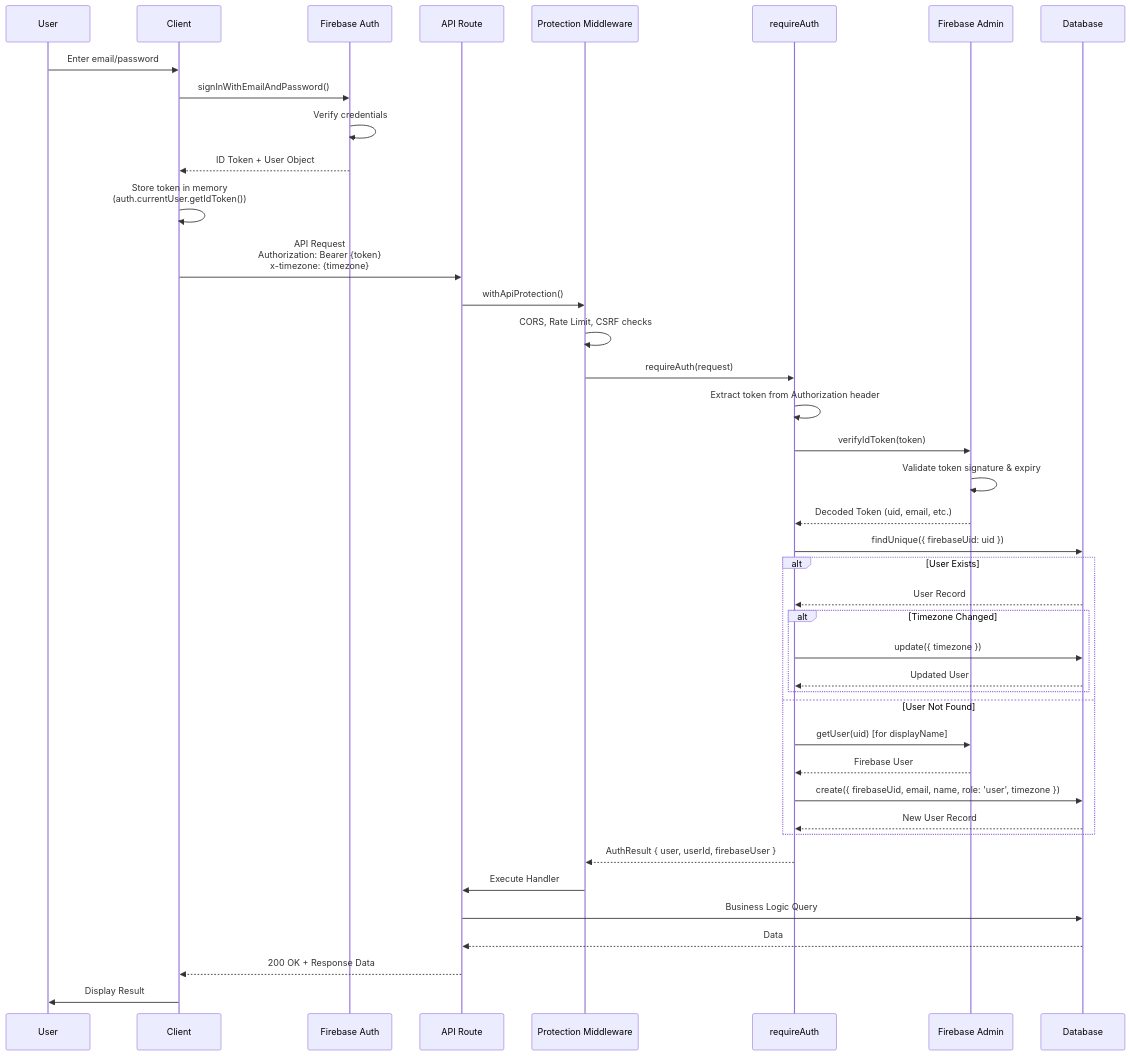
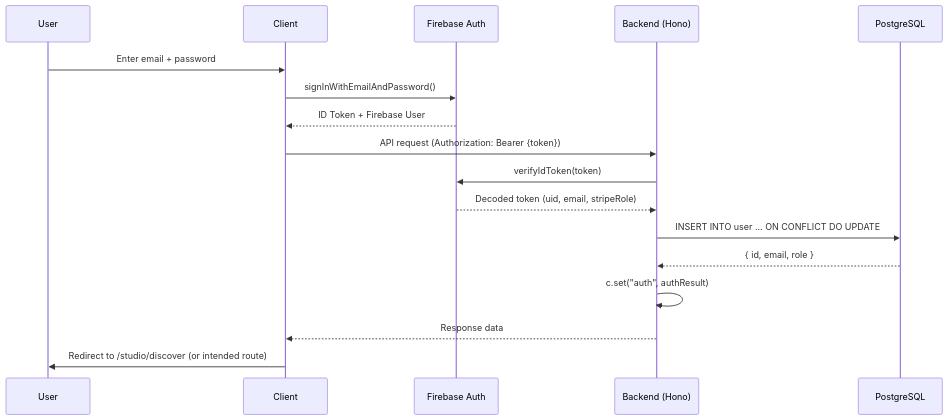
The third of 5 diagrams in docs/architecture/core/authentication.md (KennethAtchon/ContentAI), drawn with Mermaid before and after one commit. The commit also changed other lines of this file and 12 other files, not shown here.

First line of the commit message:
docs: Update architecture documentation to reflect ReelStudio's current tech stack and implementation

````diff
--- a/docs/architecture/core/authentication.md
+++ b/docs/architecture/core/authentication.md
@@ -766,48 +308,20 @@
 ```mermaid
 sequenceDiagram
     participant User
     participant Client
     participant Firebase Auth
-    participant API Route
-    participant Protection Middleware
-    participant requireAuth
-    participant Firebase Admin
-    participant Database
+    participant Backend (Hono)
+    participant PostgreSQL
 
-    User->>Client: Enter email/password
+    User->>Client: Enter email + password
     Client->>Firebase Auth: signInWithEmailAndPassword()
-    Firebase Auth->>Firebase Auth: Verify credentials
-    Firebase Auth-->>Client: ID Token + User Object
-    Client->>Client: Store token in memory<br/>(auth.currentUser.getIdToken())
-    
-    Client->>API Route: API Request<br/>Authorization: Bearer {token}<br/>x-timezone: {timezone}
-    API Route->>Protection Middleware: withApiProtection()
-    Protection Middleware->>Protection Middleware: CORS, Rate Limit, CSRF checks
-    Protection Middleware->>requireAuth: requireAuth(request)
-    
-    requireAuth->>requireAuth: Extract token from Authorization header
-    requireAuth->>Firebase Admin: verifyIdToken(token)
-    Firebase Admin->>Firebase Admin: Validate token signature & expiry
-    Firebase Admin-->>requireAuth: Decoded Token (uid, email, etc.)
-    
-    requireAuth->>Database: findUnique({ firebaseUid: uid })
-    alt User Exists
-        Database-->>requireAuth: User Record
-        alt Timezone Changed
-            requireAuth->>Database: update({ timezone })
-            Database-->>requireAuth: Updated User
-        end
-    else User Not Found
-        requireAuth->>Firebase Admin: getUser(uid) [for displayName]
-        Firebase Admin-->>requireAuth: Firebase User
-        requireAuth->>Database: create({ firebaseUid, email, name, role: 'user', timezone })
-        Database-->>requireAuth: New User Record
-    end
-    
-    requireAuth-->>Protection Middleware: AuthResult { user, userId, firebaseUser }
-    Protection Middleware->>API Route: Execute Handler
-    API Route->>Database: Business Logic Query
-    Database-->>API Route: Data
-    API Route-->>Client: 200 OK + Response Data
-    Client->>User: Display Result
+    Firebase Auth-->>Client: ID Token + Firebase User
+    Client->>Backend (Hono): API request (Authorization: Bearer {token})
+    Backend (Hono)->>Firebase Auth: verifyIdToken(token)
+    Firebase Auth-->>Backend (Hono): Decoded token (uid, email, stripeRole)
+    Backend (Hono)->>PostgreSQL: INSERT INTO user ... ON CONFLICT DO UPDATE
+    PostgreSQL-->>Backend (Hono): { id, email, role }
+    Backend (Hono)->>Backend (Hono): c.set("auth", authResult)
+    Backend (Hono)-->>Client: Response data
+    Client->>User: Redirect to /studio/discover (or intended route)
 ```
````
